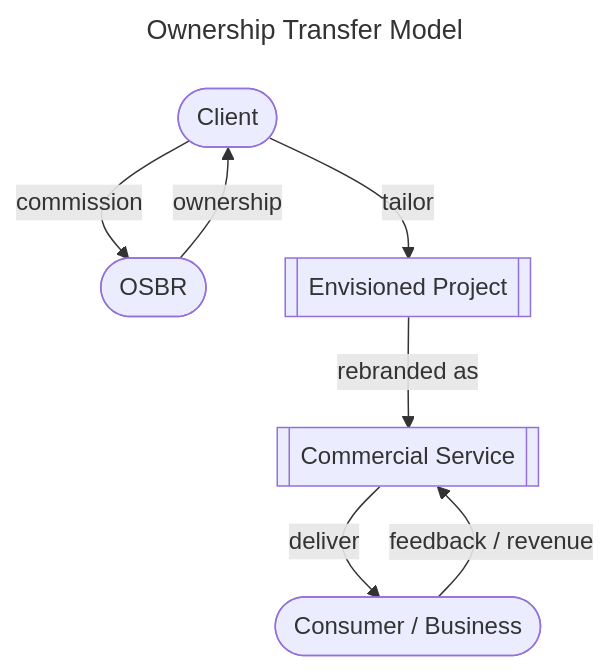
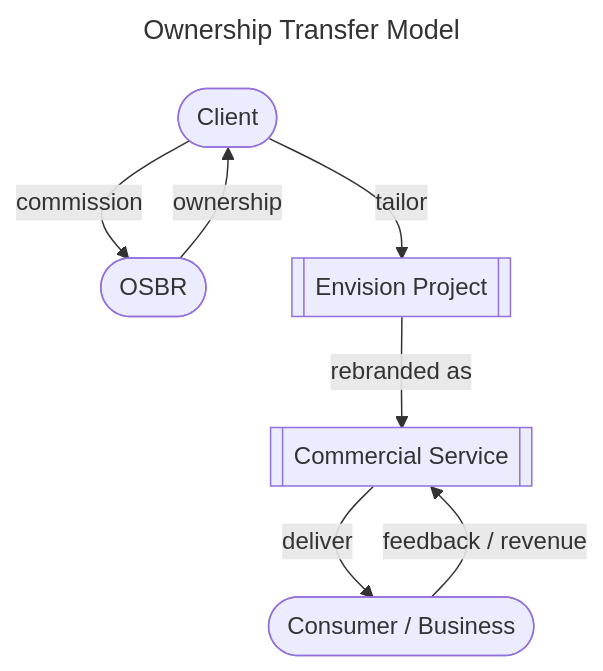
The fifth of 5 diagrams in doc/strategy.md (osbrjp/handbook), drawn with Mermaid before and after one commit. The commit also changed other lines of this file, not shown here.

````diff
--- a/doc/strategy.md
+++ b/doc/strategy.md
@@ -115,12 +117,12 @@
 ```mermaid
 ---
 title: Ownership Transfer Model
 ---
 graph TB;
     C([Client]) -- "commission" --> OSBR([OSBR]);
     OSBR([OSBR]) -- "ownership"  --> C
-    IHSES[[Envisioned Project]] -- "rebranded as" --> CS[[Commercial Service]];
+    IHSES[[Envision Project]] -- "rebranded as" --> CS[[Commercial Service]];
     C -- "tailor" --> IHSES;
     CS -- "deliver" --> CB([Consumer / Business]);
     CB -- "feedback / revenue" --> CS;
 ```
````
